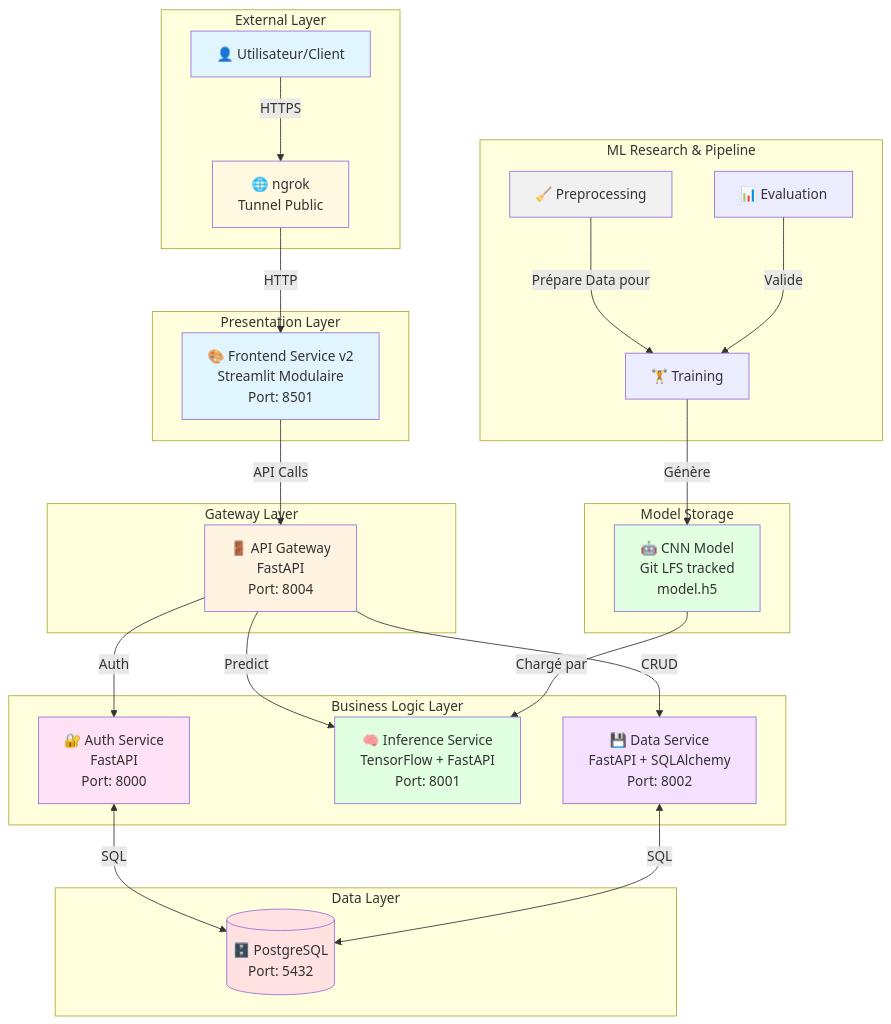
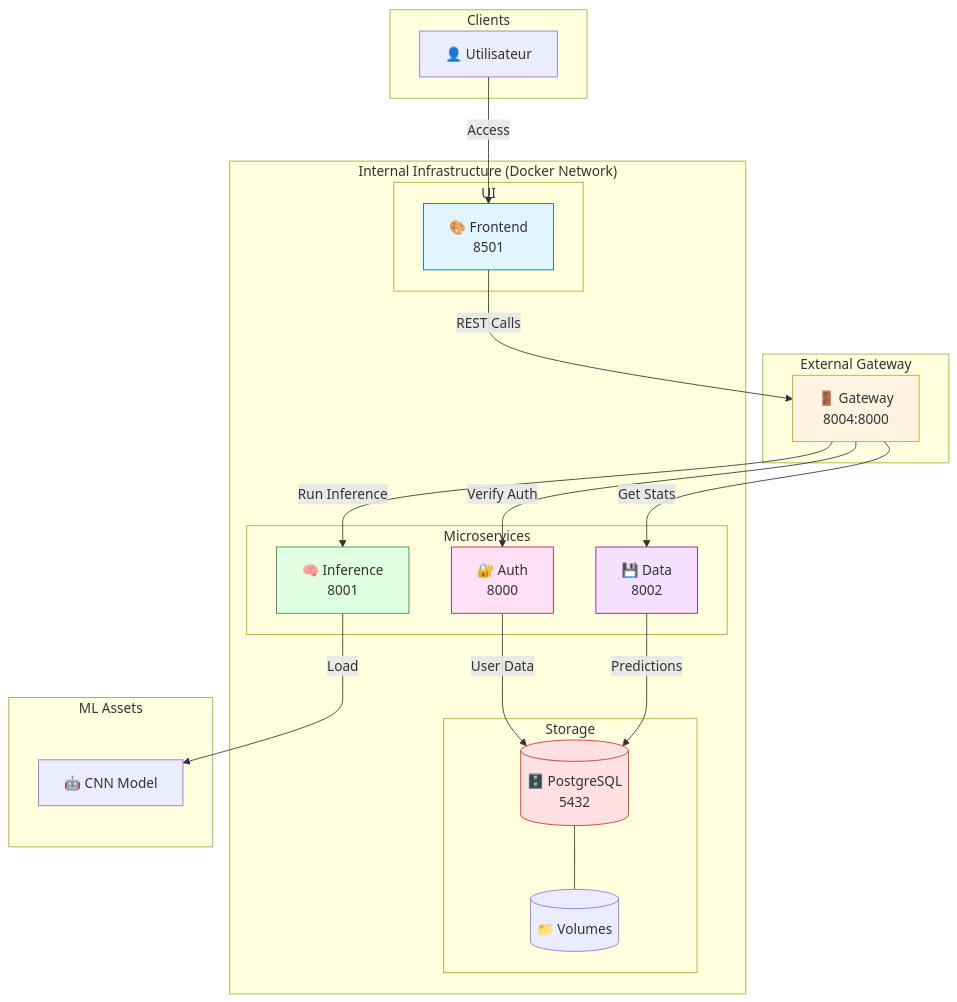
The diagram in ARCHITECTURE.md (mnjaay/DL-CancerDuSein), drawn with Mermaid before and after one commit. The commit also changed other lines of this file, not shown here.

Commit message:
docs: standardize architecture diagrams and ports across all files

````diff
--- a/ARCHITECTURE.md
+++ b/ARCHITECTURE.md
@@ -11,62 +24,49 @@
 ```mermaid
 graph TB
-    subgraph "External Layer"
-        U[👤 Utilisateur/Client]
-        N[🌐 ngrok<br/>Tunnel Public]
+    subgraph "Clients"
+        U[👤 Utilisateur]
     end
+
+    subgraph "External Gateway"
+        G[🚪 Gateway<br/>8004:8000]
+    end
+
+    subgraph "Internal Infrastructure (Docker Network)"
+        subgraph "UI"
+            F[🎨 Frontend<br/>8501]
+        end
+
+        subgraph "Microservices"
+            A[🔐 Auth<br/>8000]
+            I[🧠 Inference<br/>8001]
+            D[💾 Data<br/>8002]
+        end
+
+        subgraph "Storage"
+            DB[(🗄️ PostgreSQL<br/>5432)]
+            V[(📁 Volumes)]
+        end
+    end
+
+    subgraph "ML Assets"
+        M[🤖 CNN Model]
+    end
+
+    U -->|Access| F
+    F -->|REST Calls| G
+    G -->|Verify Auth| A
+    G -->|Run Inference| I
+    G -->|Get Stats| D
     
-    subgraph "Presentation Layer"
-        F[🎨 Frontend Service v2<br/>Streamlit Modulaire<br/>Port: 8501]
-    end
-    
-    subgraph "Gateway Layer"
-        G[🚪 API Gateway<br/>FastAPI<br/>Port: 8004]
-    end
-    
-    subgraph "Business Logic Layer"
-        A[🔐 Auth Service<br/>FastAPI<br/>Port: 8000]
-        I[🧠 Inference Service<br/>TensorFlow + FastAPI<br/>Port: 8001]
-        D[💾 Data Service<br/>FastAPI + SQLAlchemy<br/>Port: 8002]
-    end
-    
-    subgraph "Data Layer"
-        DB[(🗄️ PostgreSQL<br/>Port: 5432)]
-    end
-    
-    subgraph "ML Research & Pipeline"
-        P[🧹 Preprocessing]
-        T[🏋️ Training]
-        E[📊 Evaluation]
-    end
-    
-    subgraph "Model Storage"
-        M[🤖 CNN Model<br/>Git LFS tracked<br/>model.h5]
-    end
-    
-    U -->|HTTPS| N
-    N -->|HTTP| F
-    F -->|API Calls| G
-    
-    G -->|Auth| A
-    G -->|Predict| I
-    G -->|CRUD| D
-    
-    A <-->|SQL| DB
-    D <-->|SQL| DB
-    
-    T -->|Génère| M
-    M -->|Chargé par| I
-    P -->|Prépare Data pour| T
-    E -->|Valide| T
-    
-    style U fill:#e1f5ff
-    style N fill:#fff9e1
-    style F fill:#e1f5ff
-    style G fill:#fff4e1
-    style A fill:#ffe1f5
-    style I fill:#e1ffe1
-    style D fill:#f5e1ff
-    style DB fill:#ffe1e1
-    style M fill:#e1ffe1
-    style P fill:#f1f1f1
+    A -->|User Data| DB
+    D -->|Predictions| DB
+    DB --- V
+    I -->|Load| M
+
+    style G fill:#fff4e1,stroke:#d4a017
+    style F fill:#e1f5ff,stroke:#0066cc
+    style A fill:#ffe1f5,stroke:#c2185b
+    style I fill:#e1ffe1,stroke:#388e3c
+    style D fill:#f5e1ff,stroke:#7b1fa2
+    style DB fill:#ffe1e1,stroke:#d32f2f
 ```
````
